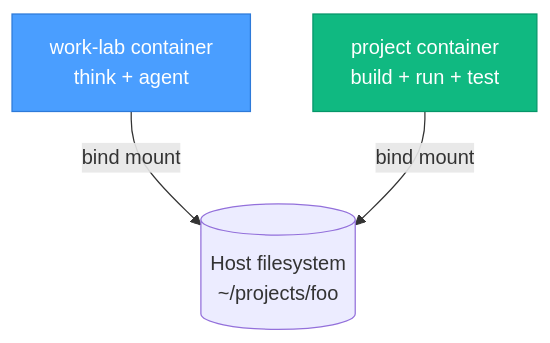
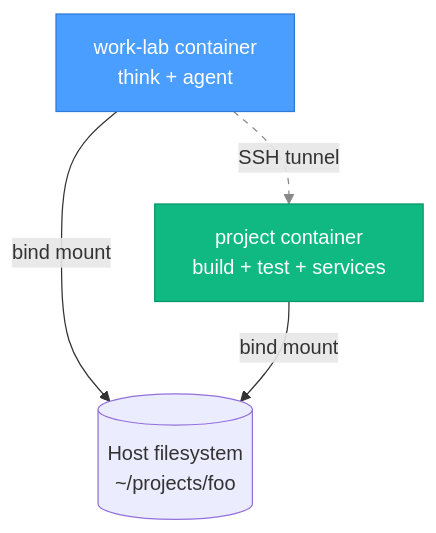
Before and after one commit to modern-tooling/work-lab: the second of 3 diagrams in README.md, drawn with Mermaid. The commit also changed other lines of this file and 8 other files, not shown here.

````diff
--- a/README.md
+++ b/README.md
@@ -156,10 +162,12 @@
 ```mermaid
 flowchart TB
     WL[work-lab container<br/>think + agent]
-    Proj[project container<br/>build + run + test]
+    Proj[project container<br/>build + test + services]
     Host[(Host filesystem<br/>~/projects/foo)]
     WL -->|bind mount| Host
     Proj -->|bind mount| Host
+    WL -.->|SSH tunnel| Proj
     style WL fill:#4a9eff,stroke:#2d7ad9,color:#fff
     style Proj fill:#10b981,stroke:#059669,color:#fff
+    linkStyle 2 stroke:#888,stroke-dasharray:5
 ```
````
